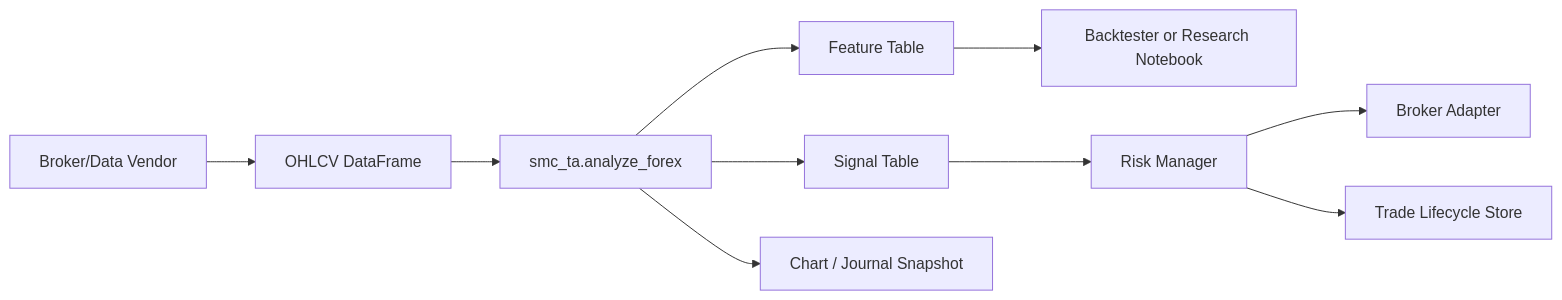
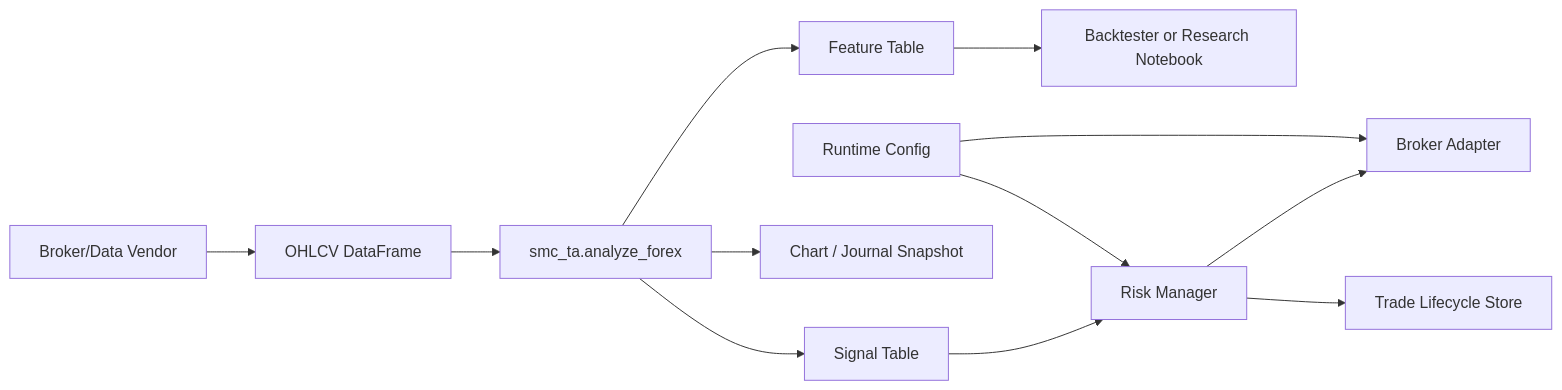
One commit to primebdsm/smcandta changed the diagram in docs/BOT_INTEGRATION.md. Above: the diagram before and after it, drawn with Mermaid. The commit also changed other lines of this file and 10 other files, not shown here.

Commit message:
Add runtime config live guardrails

````diff
--- a/docs/BOT_INTEGRATION.md
+++ b/docs/BOT_INTEGRATION.md
@@ -5,12 +5,14 @@
 ```mermaid
 flowchart LR
   A["Broker/Data Vendor"] --> B["OHLCV DataFrame"]
   B --> C["smc_ta.analyze_forex"]
   C --> D["Feature Table"]
   C --> E["Signal Table"]
   D --> F["Backtester or Research Notebook"]
   E --> G["Risk Manager"]
   G --> H["Broker Adapter"]
   G --> J["Trade Lifecycle Store"]
   C --> I["Chart / Journal Snapshot"]
+  K["Runtime Config"] --> G
+  K --> H
 ```
````
